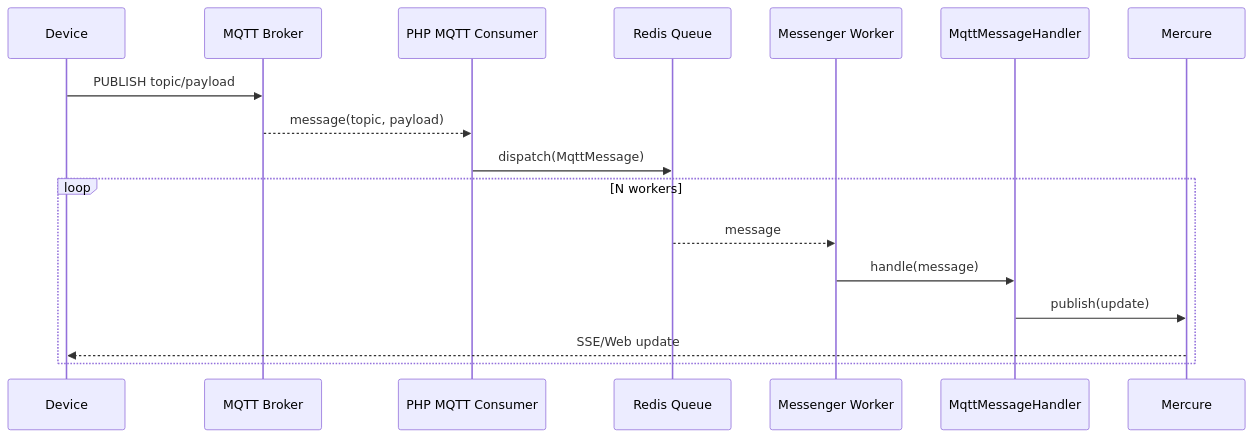
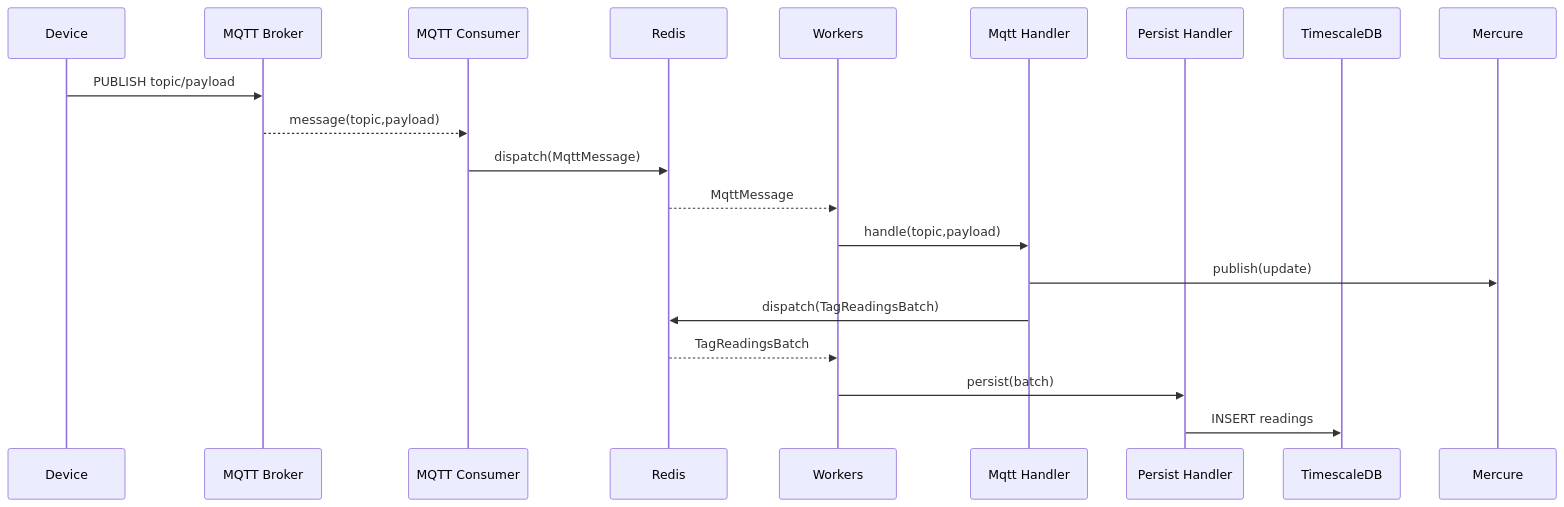
Before and after one commit to RedwanK/dataviz: the second of 3 diagrams in README.md, drawn with Mermaid. The commit also changed other lines of this file, not shown here.

````diff
--- a/README.md
+++ b/README.md
@@ -59,20 +61,23 @@
 ```mermaid
 sequenceDiagram
     participant Dev as Device
     participant Broker as MQTT Broker
-    participant Consumer as PHP MQTT Consumer
-    participant Queue as Redis Queue
-    participant Worker as Messenger Worker
-    participant Handler as MqttMessageHandler
+    participant Consumer as MQTT Consumer
+    participant Q as Redis
+    participant W as Workers
+    participant H1 as Mqtt Handler
+    participant H2 as Persist Handler
+    participant TS as TimescaleDB
     participant Hub as Mercure
 
     Dev->>Broker: PUBLISH topic/payload
-    Broker-->>Consumer: message(topic, payload)
-    Consumer->>Queue: dispatch(MqttMessage)
-    loop N workers
-      Queue-->>Worker: message
-      Worker->>Handler: handle(message)
-      Handler->>Hub: publish(update)
-      Hub-->>Dev: SSE/Web update
-    end
+    Broker-->>Consumer: message(topic,payload)
+    Consumer->>Q: dispatch(MqttMessage)
+    Q-->>W: MqttMessage
+    W->>H1: handle(topic,payload)
+    H1->>Hub: publish(update)
+    H1->>Q: dispatch(TagReadingsBatch)
+    Q-->>W: TagReadingsBatch
+    W->>H2: persist(batch)
+    H2->>TS: INSERT readings
 ```
````
